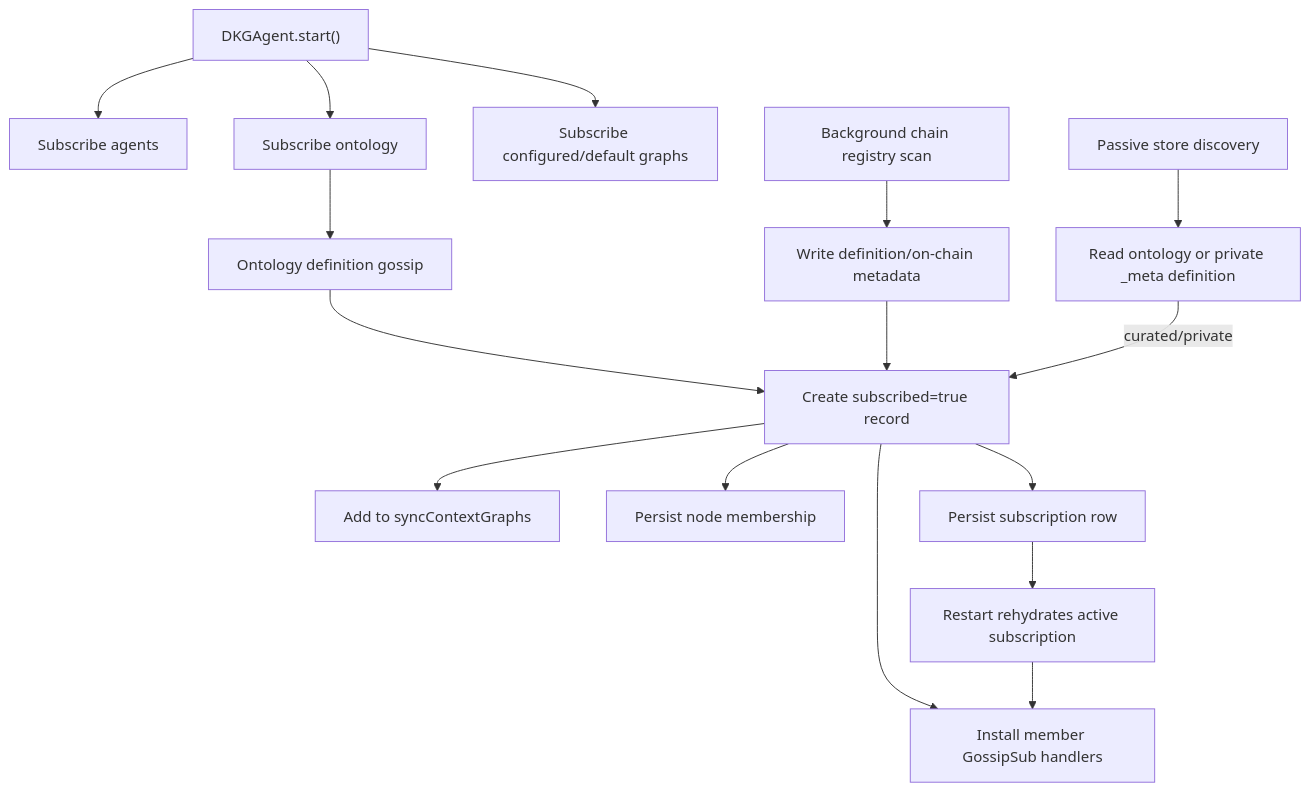
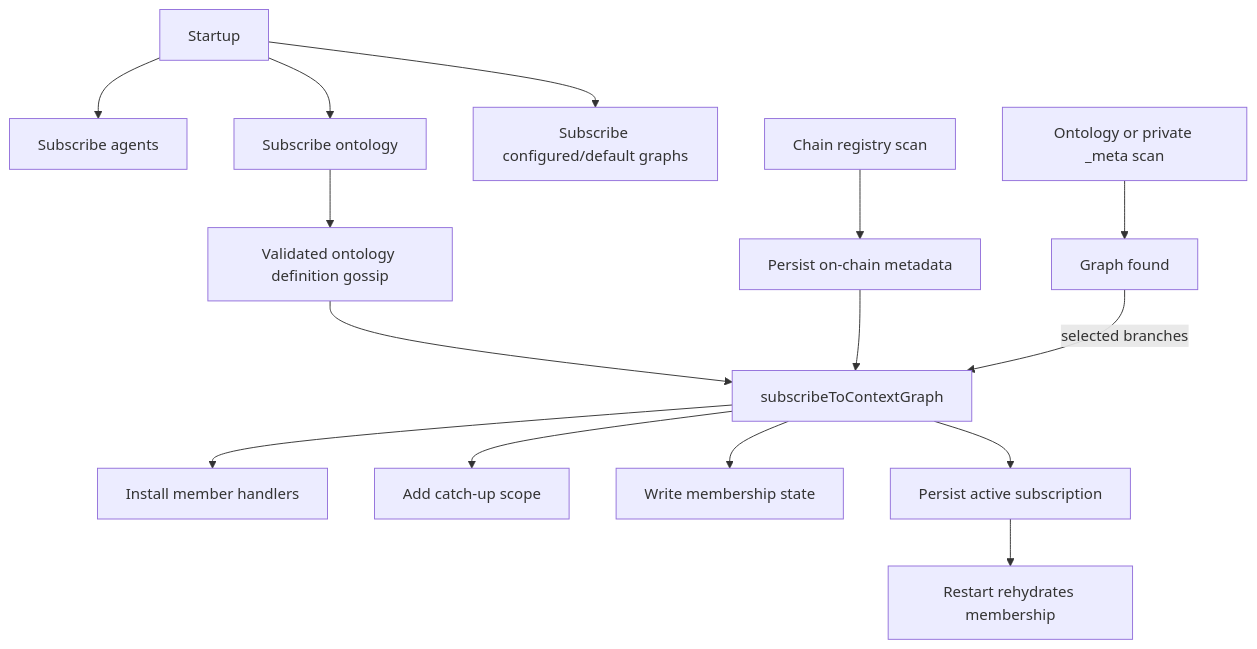
One commit to OriginTrail/dkg changed the first of 2 diagrams in docs/active-now/context-graph-discovery-subscription-boundary-pr-description.md. Above: the diagram before and after it, drawn with Mermaid. The commit also changed other lines of this file and 10 other files, not shown here.

Commit message:
fix(agent): make graph discovery role-aware

````diff
--- a/docs/active-now/context-graph-discovery-subscription-boundary-pr-description.md
+++ b/docs/active-now/context-graph-discovery-subscription-boundary-pr-description.md
@@ -81,21 +44,20 @@
 ```mermaid
 flowchart TD
-  SYS["DKGAgent.start()"] --> S1["Subscribe agents"]
-  SYS --> S2["Subscribe ontology"]
+  SYS["Startup"] --> A["Subscribe agents"]
+  SYS --> O["Subscribe ontology"]
   SYS --> CFG["Subscribe configured/default graphs"]
 
-  S2 --> OG["Ontology definition gossip"]
-  CHAIN["Background chain registry scan"] --> CAT["Write definition/on-chain metadata"]
-  STORE["Passive store discovery"] --> CAT2["Read ontology or private _meta definition"]
+  O --> OG["Validated ontology definition gossip"]
+  CHAIN["Chain registry scan"] --> META["Persist on-chain metadata"]
+  STORE["Ontology or private _meta scan"] --> FOUND["Graph found"]
 
-  OG --> ACTIVE["Create subscribed=true record"]
-  CAT --> ACTIVE
-  CAT2 -->|"curated/private"| ACTIVE
+  OG --> ACTIVE["subscribeToContextGraph"]
+  META --> ACTIVE
+  FOUND -->|"selected branches"| ACTIVE
 
-  ACTIVE --> TOPICS["Install member GossipSub handlers"]
-  ACTIVE --> SCOPE["Add to syncContextGraphs"]
-  ACTIVE --> MEMBER["Persist node membership"]
-  ACTIVE --> ROW["Persist subscription row"]
-  ROW --> REHYDRATE["Restart rehydrates active subscription"]
-  REHYDRATE --> TOPICS
+  ACTIVE --> HANDLERS["Install member handlers"]
+  ACTIVE --> SCOPE["Add catch-up scope"]
+  ACTIVE --> MEMBER["Write membership state"]
+  ACTIVE --> ROW["Persist active subscription"]
+  ROW --> RESTART["Restart rehydrates membership"]
 ```
````
